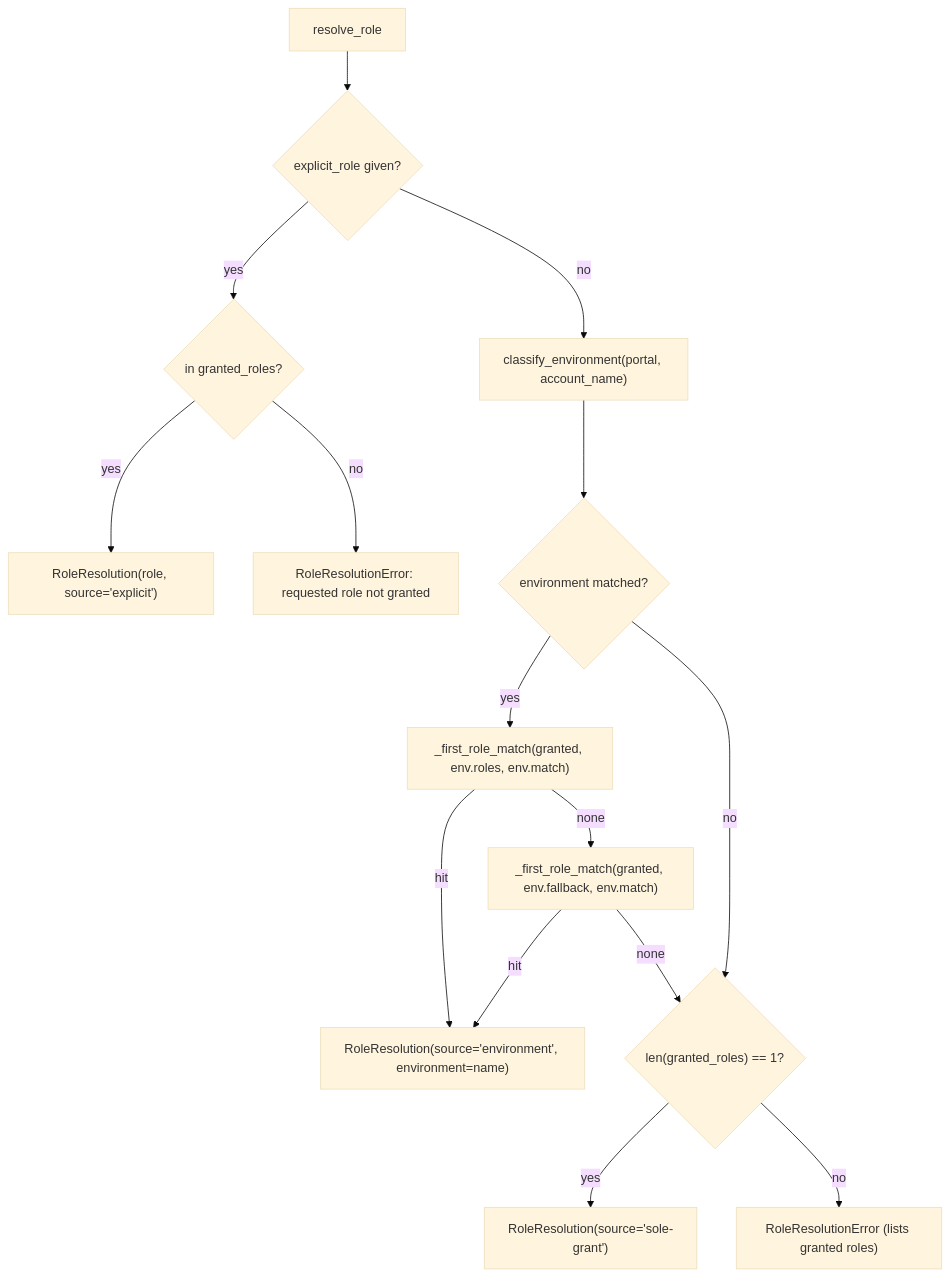
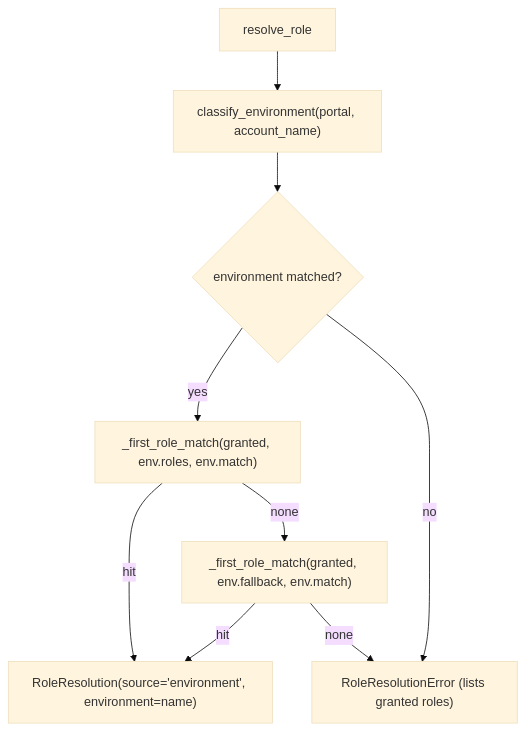
One commit to arnabdas24/aws-sso-mcp changed the tenth of 11 diagrams in docs/technical-deep-dive.md. Above: the diagram before and after it, drawn with Mermaid (base theme). The commit also changed other lines of this file and 20 other files, not shown here.

First line of the commit message:
feat(roles)!: make the TOML rules the only role selector

````diff
--- a/docs/technical-deep-dive.md
+++ b/docs/technical-deep-dive.md
@@ -539,17 +539,11 @@
 ```mermaid
 flowchart TD
-    S["resolve_role"] --> E{"explicit_role given?"}
-    E -- yes --> G{"in granted_roles?"}
-    G -- yes --> R1["RoleResolution(role, source='explicit')"]
-    G -- no --> X1["RoleResolutionError: requested role not granted"]
-    E -- no --> C["classify_environment(portal, account_name)"]
+    S["resolve_role"] --> C["classify_environment(portal, account_name)"]
     C --> EV{"environment matched?"}
     EV -- yes --> M1["_first_role_match(granted, env.roles, env.match)"]
     M1 -- none --> M2["_first_role_match(granted, env.fallback, env.match)"]
     M1 -- hit --> R2["RoleResolution(source='environment', environment=name)"]
     M2 -- hit --> R2
-    M2 -- none --> SG
-    EV -- no --> SG{"len(granted_roles) == 1?"}
-    SG -- yes --> R3["RoleResolution(source='sole-grant')"]
-    SG -- no --> X2["RoleResolutionError (lists granted roles)"]
+    M2 -- none --> X["RoleResolutionError (lists granted roles)"]
+    EV -- no --> X
 ```
````
